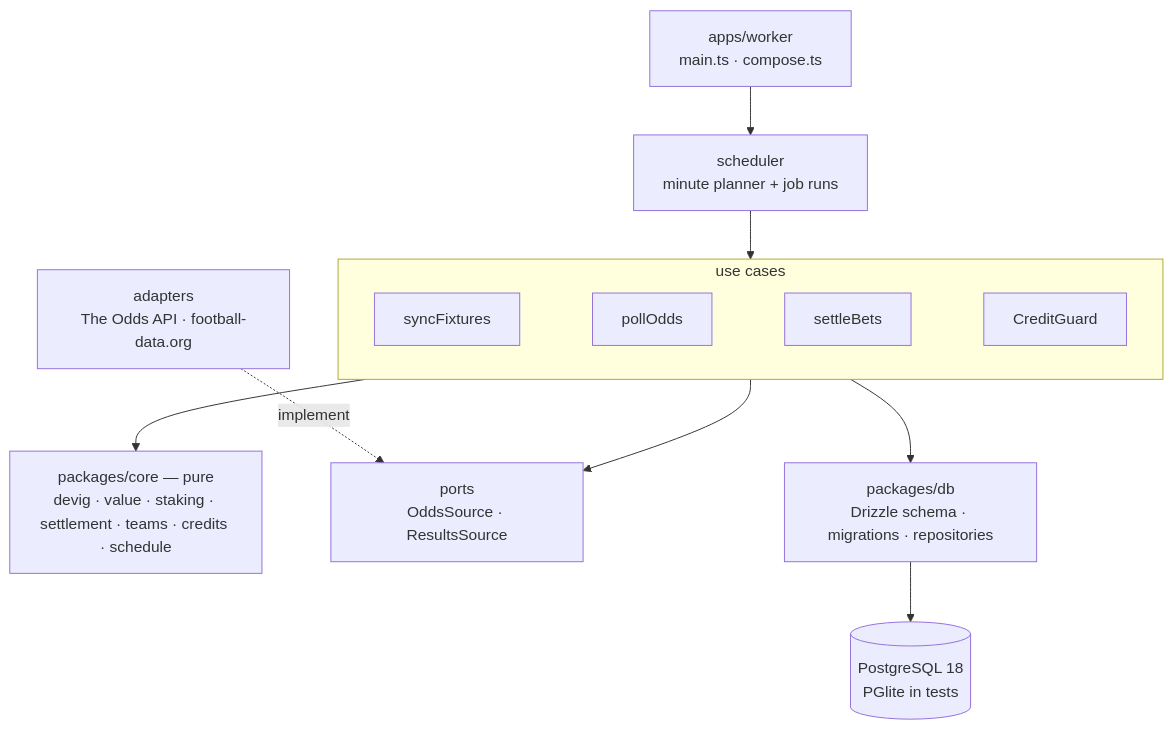
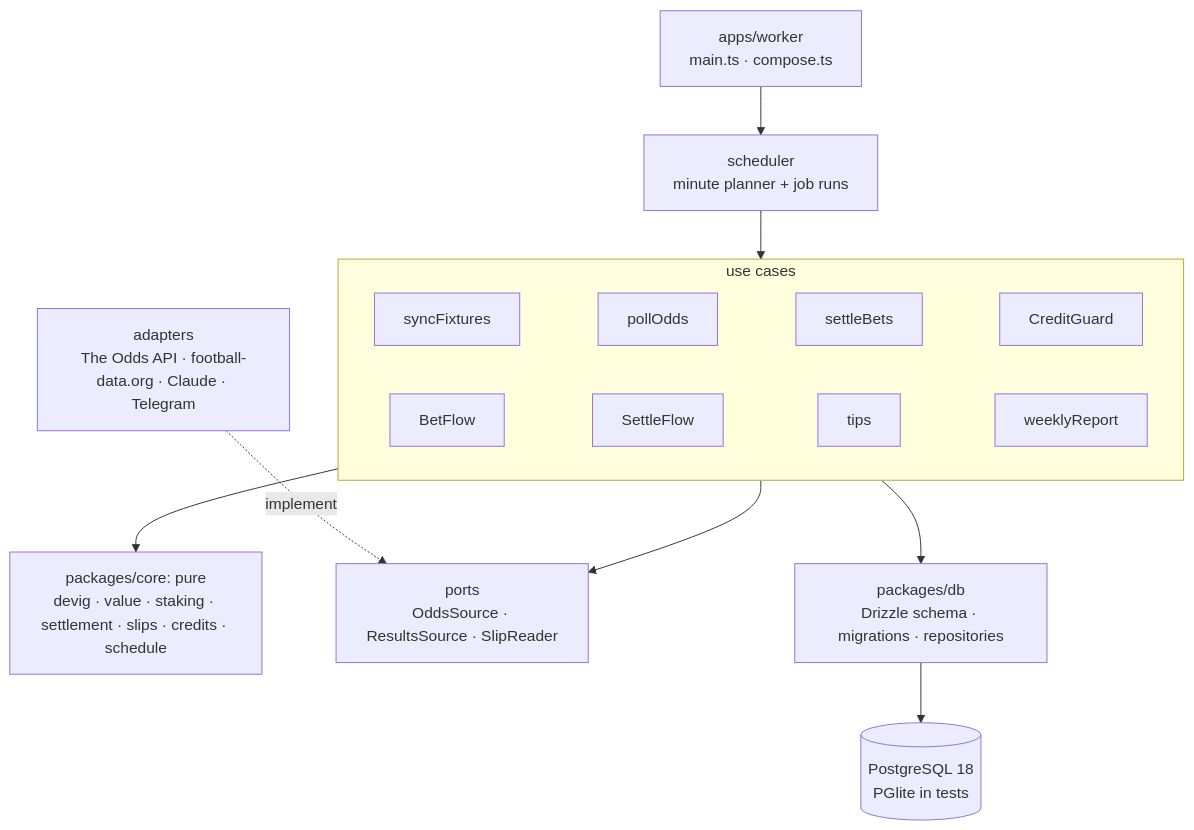
One commit to achref-thamri/closing-line changed the second of 2 diagrams in README.md. Above: the diagram before and after it, drawn with Mermaid. The commit also changed other lines of this file and 36 other files, not shown here.

````diff
--- a/README.md
+++ b/README.md
@@ -60,14 +68,15 @@
 ```mermaid
 flowchart TB
     main["apps/worker<br/>main.ts · compose.ts"] --> runner["scheduler<br/>minute planner + job runs"]
     runner --> app
     subgraph app["use cases"]
         direction LR
         a1[syncFixtures] ~~~ a2[pollOdds] ~~~ a3[settleBets] ~~~ a4[CreditGuard]
+        a5[BetFlow] ~~~ a6[SettleFlow] ~~~ a7[tips] ~~~ a8[weeklyReport]
     end
-    app --> core["packages/core — pure<br/>devig · value · staking · settlement · teams · credits · schedule"]
-    app --> ports["ports<br/>OddsSource · ResultsSource"]
-    adapters["adapters<br/>The Odds API · football-data.org"] -. implement .-> ports
+    app --> core["packages/core: pure<br/>devig · value · staking · settlement · slips · credits · schedule"]
+    app --> ports["ports<br/>OddsSource · ResultsSource · SlipReader"]
+    adapters["adapters<br/>The Odds API · football-data.org · Claude · Telegram"] -. implement .-> ports
     app --> db["packages/db<br/>Drizzle schema · migrations · repositories"]
     db --> pg[("PostgreSQL 18<br/>PGlite in tests")]
 ```
````
